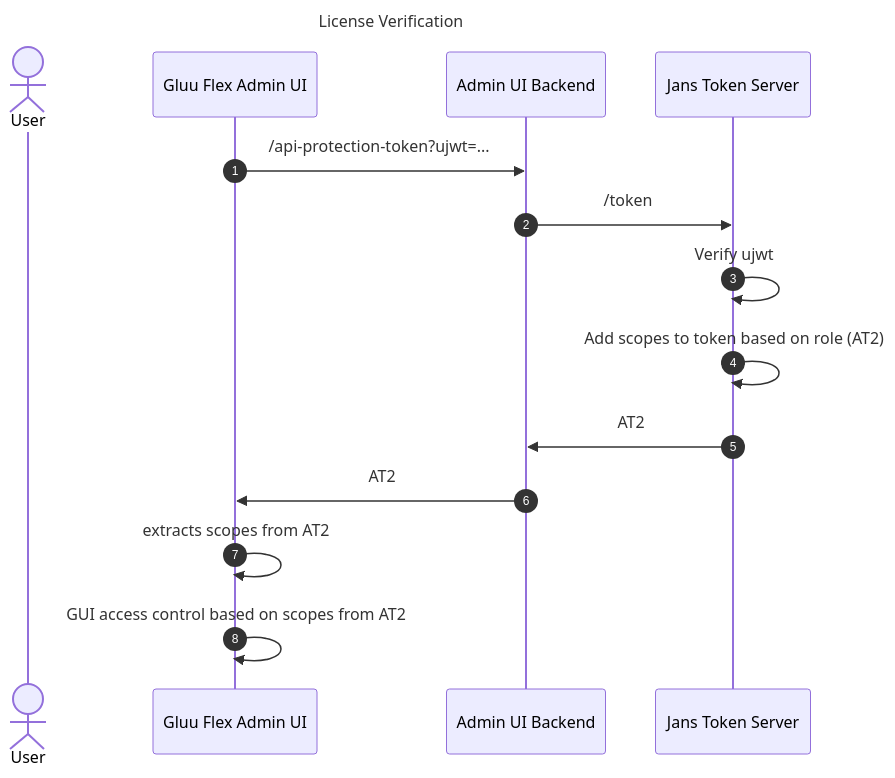
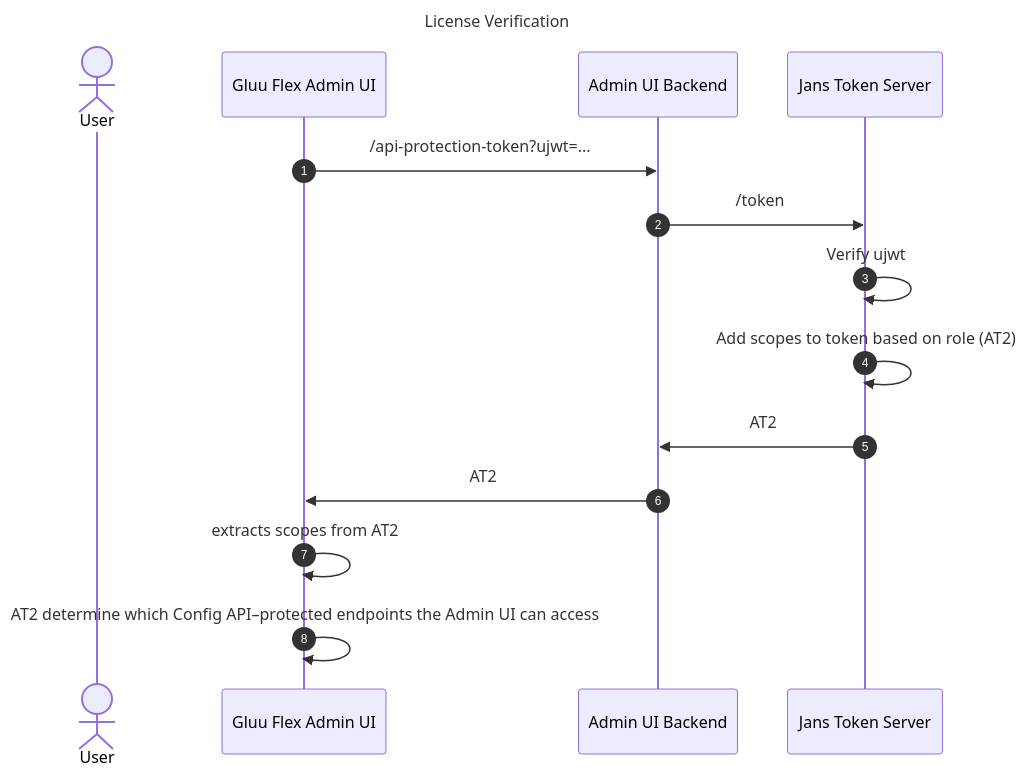
One commit to GluuFederation/flex changed the third of 4 diagrams in docs/admin/admin-ui/auth-server-interaction.md. Above: the diagram before and after it, drawn with Mermaid. The commit also changed other lines of this file and 5 other files, not shown here.

First line of the commit message:
docs(admin-ui): access control using cedarling docs (#2444)

````diff
--- a/docs/admin/admin-ui/auth-server-interaction.md
+++ b/docs/admin/admin-ui/auth-server-interaction.md
@@ -105,16 +105,16 @@
 ```mermaid
 
 sequenceDiagram
 title License Verification
 autonumber
 actor User
 
 Gluu Flex Admin UI->>Admin UI Backend: /api-protection-token?ujwt=...
 Admin UI Backend->>Jans Token Server: /token
 Jans Token Server->>Jans Token Server: Verify ujwt
 Jans Token Server->>Jans Token Server: Add scopes to token based on role (AT2)
 Jans Token Server->>Admin UI Backend: AT2
 Admin UI Backend->>Gluu Flex Admin UI: AT2
 Gluu Flex Admin UI->>Gluu Flex Admin UI:extracts scopes from AT2
-Gluu Flex Admin UI->>Gluu Flex Admin UI: GUI access control based on scopes from AT2
+Gluu Flex Admin UI->>Gluu Flex Admin UI: AT2 determine which Config API–protected endpoints the Admin UI can access
 ```
````
